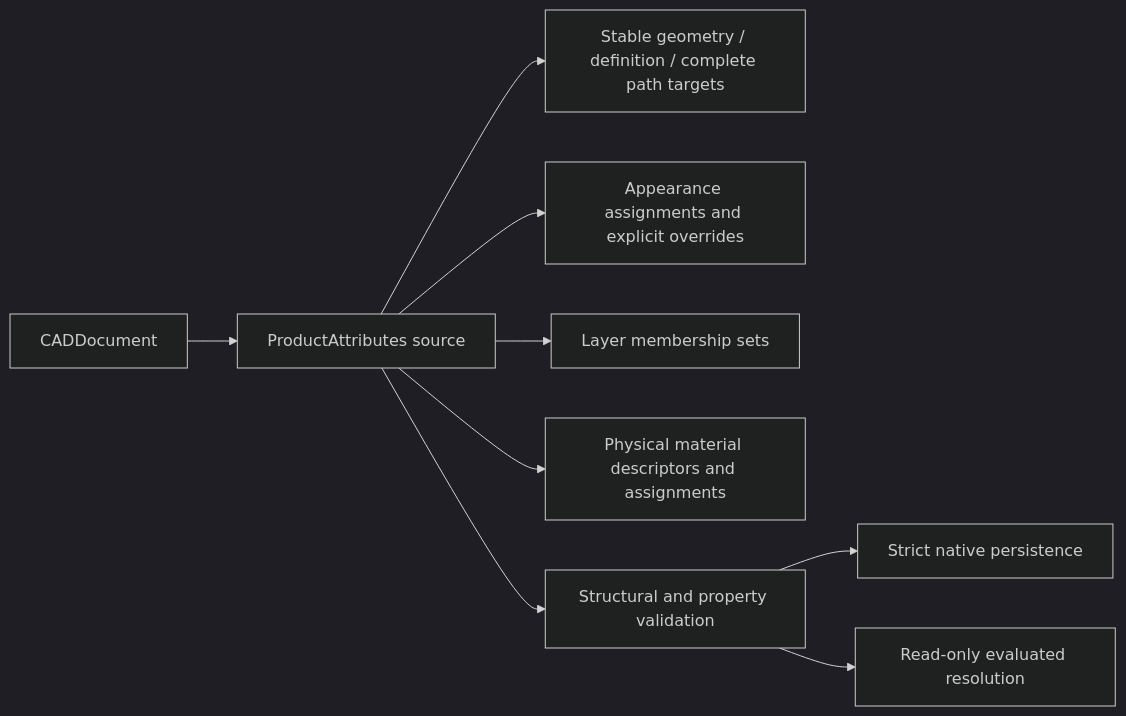
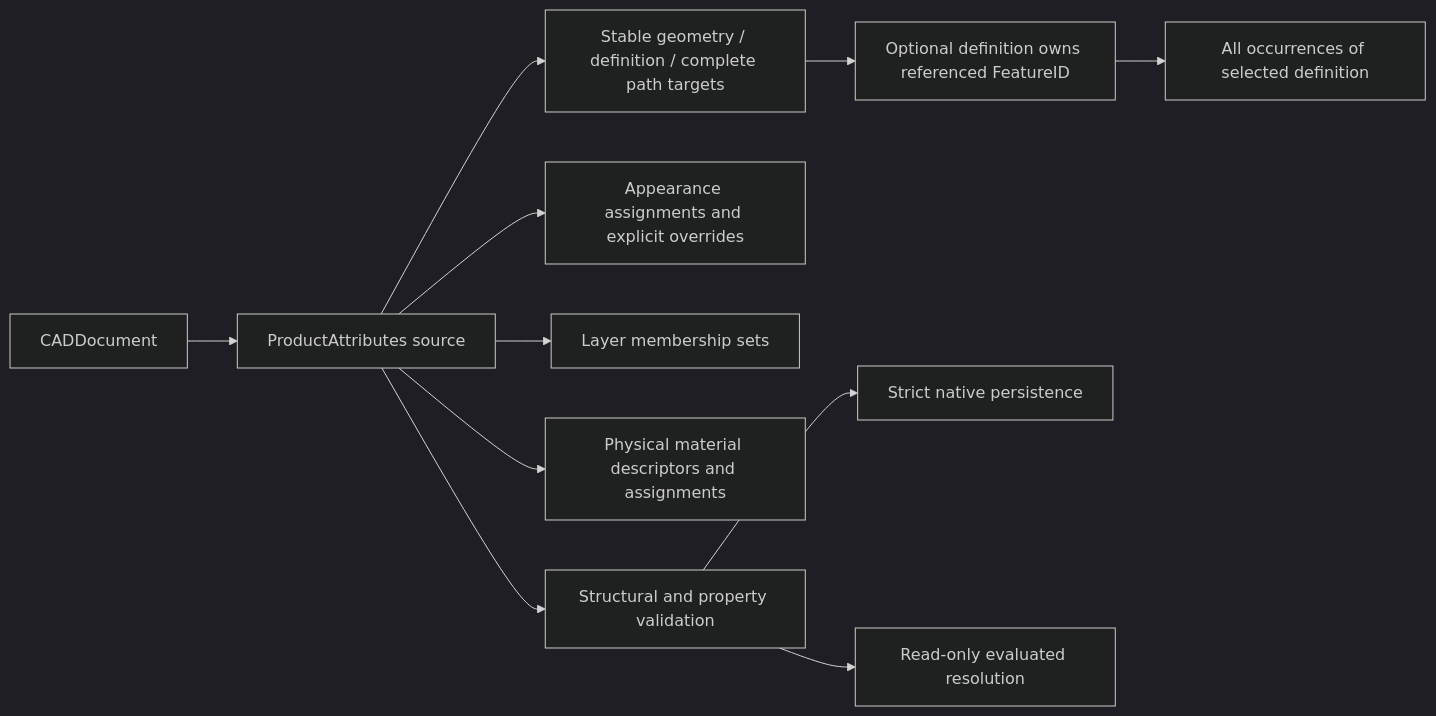
The diagram in Sources/CADIR/ProductAttributes/DESIGN.md (1amageek/swift-CAD), drawn with Mermaid (dark theme) before and after one commit. The commit also changed other lines of this file and 25 other files, not shown here.

````diff
--- a/Sources/CADIR/ProductAttributes/DESIGN.md
+++ b/Sources/CADIR/ProductAttributes/DESIGN.md
@@ -44,11 +42,13 @@
 ```mermaid
 flowchart LR
     Document[CADDocument] --> Source[ProductAttributes source]
     Source --> Targets[Stable geometry / definition / complete path targets]
+    Targets --> Membership[Optional definition owns referenced FeatureID]
+    Membership --> Instances[All occurrences of selected definition]
     Source --> Appearance[Appearance assignments and explicit overrides]
     Source --> Layers[Layer membership sets]
     Source --> Physical[Physical material descriptors and assignments]
     Source --> Validation[Structural and property validation]
     Validation --> Persistence[Strict native persistence]
     Validation --> Resolution[Read-only evaluated resolution]
 ```
````
